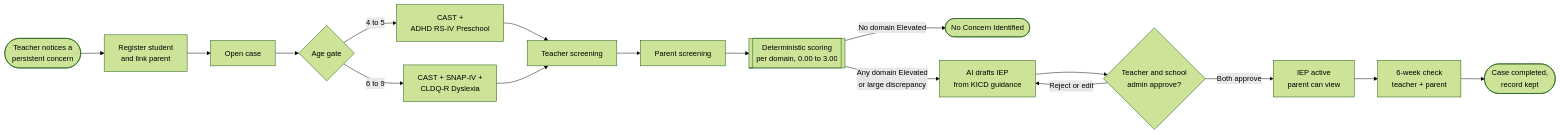
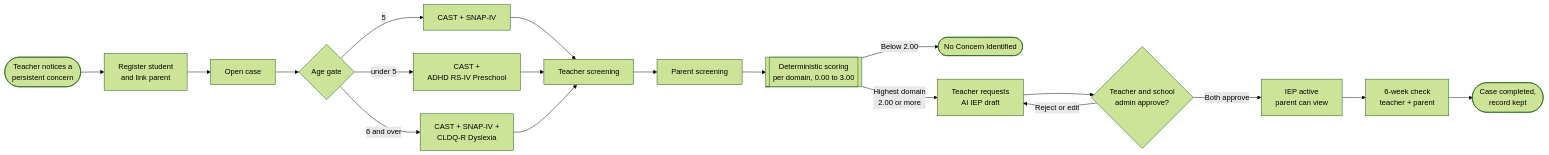
The diagram in docs/start-here/index.md (akirachix/prism-technical-documentation), drawn with Mermaid (forest theme) before and after one commit. The commit also changed other lines of this file and 154 other files, not shown here.

````diff
--- a/docs/start-here/index.md
+++ b/docs/start-here/index.md
@@ -74,19 +74,21 @@
 ```mermaid
 flowchart LR
     T([Teacher notices a<br/>persistent concern]) --> R[Register student<br/>and link parent]
     R --> C[Open case]
     C --> AG{Age gate}
-    AG -->|4 to 5| P1[CAST +<br/>ADHD RS-IV Preschool]
-    AG -->|6 to 9| P2[CAST + SNAP-IV +<br/>CLDQ-R Dyslexia]
+    AG -->|under 5| P1[CAST +<br/>ADHD RS-IV Preschool]
+    AG -->|5| P3[CAST + SNAP-IV]
+    AG -->|6 and over| P2[CAST + SNAP-IV +<br/>CLDQ-R Dyslexia]
+    P3 --> TS
     P1 --> TS[Teacher screening]
     P2 --> TS
     TS --> PS[Parent screening]
     PS --> S[[Deterministic scoring<br/>per domain, 0.00 to 3.00]]
-    S -->|No domain Elevated| NC([No Concern Identified])
-    S -->|Any domain Elevated<br/>or large discrepancy| IEP[AI drafts IEP<br/>from KICD guidance]
+    S -->|Below 2.00| NC([No Concern Identified])
+    S -->|Highest domain<br/>2.00 or more| IEP[Teacher requests<br/>AI IEP draft]
     IEP --> AP{Teacher and school<br/>admin approve?}
     AP -->|Reject or edit| IEP
     AP -->|Both approve| ACT[IEP active<br/>parent can view]
     ACT --> EV[6-week check<br/>teacher + parent]
     EV --> DONE([Case completed,<br/>record kept])
 ```
````
